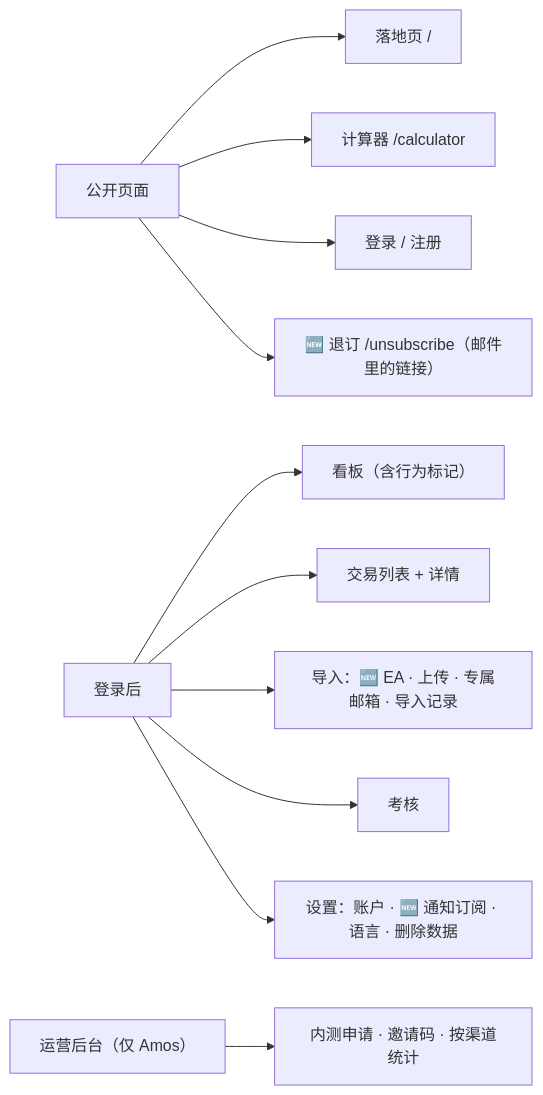
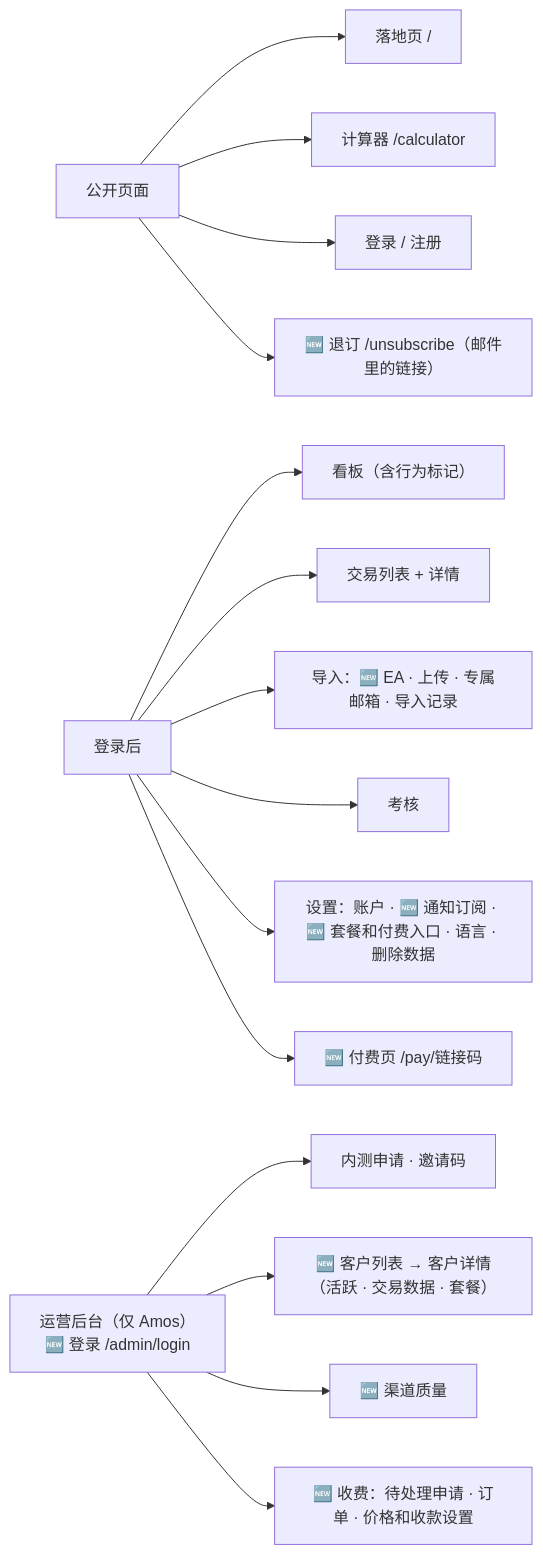
The sixth of 6 diagrams in 需求文档/v1-需求说明书.md (dollar3651314/trading-journal), drawn with Mermaid before and after one commit. The commit also changed other lines of this file and 31 other files, not shown here.

````diff
--- a/需求文档/v1-需求说明书.md
+++ b/需求文档/v1-需求说明书.md
@@ -142,13 +221,17 @@
 ```mermaid
 flowchart LR
     PUB["公开页面"] --> L1["落地页 /"]
     PUB --> L2["计算器 /calculator"]
     PUB --> L3["登录 / 注册"]
     PUB --> L4["🆕 退订 /unsubscribe（邮件里的链接）"]
     APP["登录后"] --> A1["看板（含行为标记）"]
     APP --> A2["交易列表 + 详情"]
     APP --> A3["导入：🆕 EA · 上传 · 专属邮箱 · 导入记录"]
     APP --> A4["考核"]
-    APP --> A5["设置：账户 · 🆕 通知订阅 · 语言 · 删除数据"]
-    ADM["运营后台（仅 Amos）"] --> B1["内测申请 · 邀请码 · 按渠道统计"]
+    APP --> A5["设置：账户 · 🆕 通知订阅 · 🆕 套餐和付费入口 · 语言 · 删除数据"]
+    APP --> A6["🆕 付费页 /pay/链接码"]
+    ADM["运营后台（仅 Amos）<br/>🆕 登录 /admin/login"] --> B1["内测申请 · 邀请码"]
+    ADM --> B2["🆕 客户列表 → 客户详情（活跃 · 交易数据 · 套餐）"]
+    ADM --> B3["🆕 渠道质量"]
+    ADM --> B4["🆕 收费：待处理申请 · 订单 · 价格和收款设置"]
 ```
````
